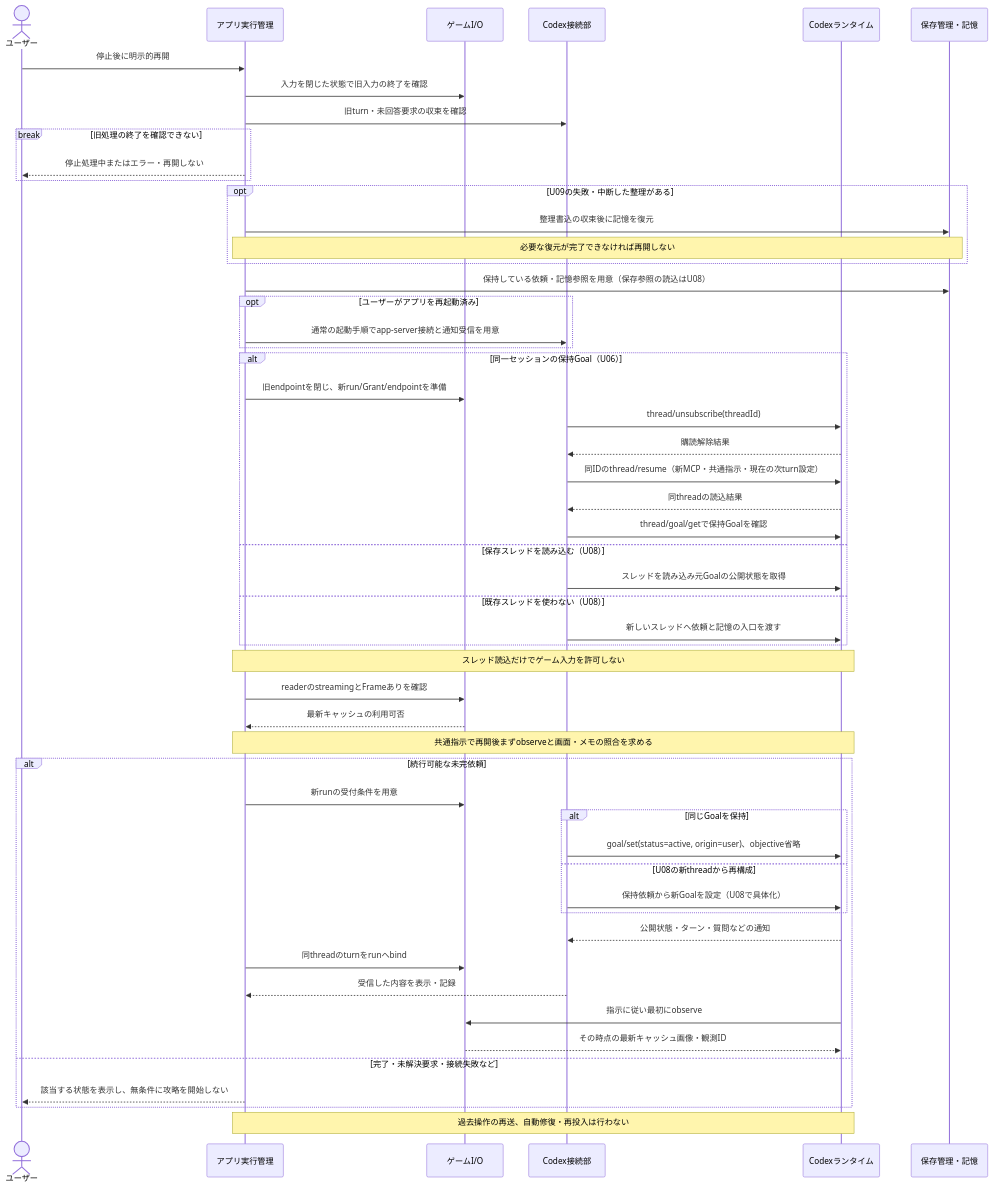
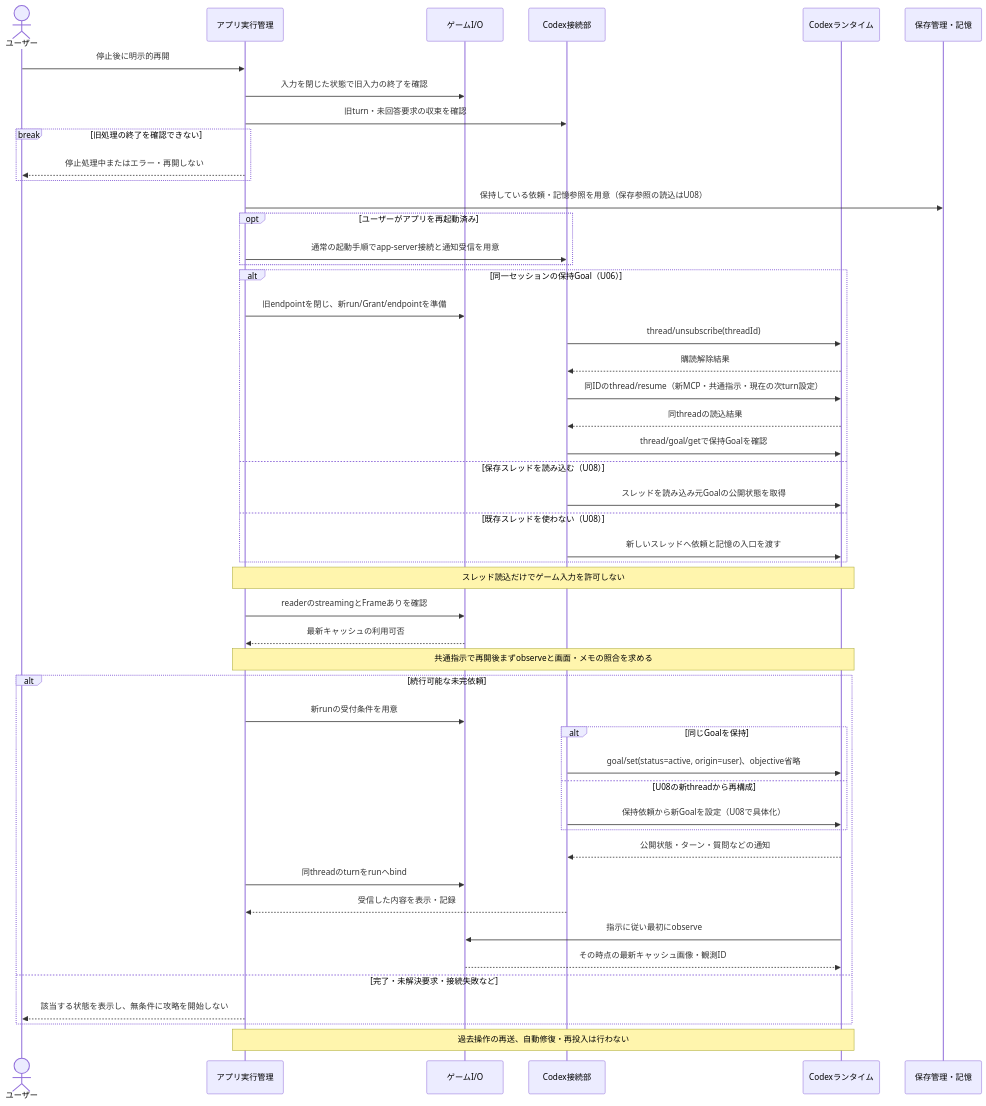
Before and after one commit to niart120/Project_Gigas: the sixth of 8 diagrams in spec/initial/09-control-flows.md, drawn with Mermaid. The commit also changed other lines of this file and 18 other files, not shown here.

````diff
--- a/spec/initial/09-control-flows.md
+++ b/spec/initial/09-control-flows.md
@@ -291,55 +285,51 @@
 ```mermaid
 sequenceDiagram
     actor U as ユーザー
     participant A as アプリ実行管理
     participant G as ゲームI/O
     participant C as Codex接続部
     participant R as Codexランタイム
     participant D as 保存管理・記憶
     U->>A: 停止後に明示的再開
     A->>G: 入力を閉じた状態で旧入力の終了を確認
     A->>C: 旧turn・未回答要求の収束を確認
     break 旧処理の終了を確認できない
         A-->>U: 停止処理中またはエラー・再開しない
-    end
-    opt U09の失敗・中断した整理がある
-        A->>D: 整理書込の収束後に記憶を復元
-        Note over A,D: 必要な復元が完了できなければ再開しない
     end
     A->>D: 保持している依頼・記憶参照を用意（保存参照の読込はU08）
     opt ユーザーがアプリを再起動済み
         A->>C: 通常の起動手順でapp-server接続と通知受信を用意
     end
     alt 同一セッションの保持Goal（U06）
         A->>G: 旧endpointを閉じ、新run/Grant/endpointを準備
         C->>R: thread/unsubscribe(threadId)
         R-->>C: 購読解除結果
         C->>R: 同IDのthread/resume（新MCP・共通指示・現在の次turn設定）
         R-->>C: 同threadの読込結果
         C->>R: thread/goal/getで保持Goalを確認
     else 保存スレッドを読み込む（U08）
         C->>R: スレッドを読み込み元Goalの公開状態を取得
     else 既存スレッドを使わない（U08）
         C->>R: 新しいスレッドへ依頼と記憶の入口を渡す
     end
     Note over A,R: スレッド読込だけでゲーム入力を許可しない
     A->>G: readerのstreamingとFrameありを確認
     G-->>A: 最新キャッシュの利用可否
     Note over A,R: 共通指示で再開後まずobserveと画面・メモの照合を求める
     alt 続行可能な未完依頼
         A->>G: 新runの受付条件を用意
         alt 同じGoalを保持
             C->>R: goal/set(status=active, origin=user)、objective省略
         else U08の新threadから再構成
             C->>R: 保持依頼から新Goalを設定（U08で具体化）
         end
         R-->>C: 公開状態・ターン・質問などの通知
         A->>G: 同threadのturnをrunへbind
         C-->>A: 受信した内容を表示・記録
         R->>G: 指示に従い最初にobserve
         G-->>R: その時点の最新キャッシュ画像・観測ID
     else 完了・未解決要求・接続失敗など
         A-->>U: 該当する状態を表示し、無条件に攻略を開始しない
     end
     Note over A,R: 過去操作の再送、自動修復・再投入は行わない
 ```
````
